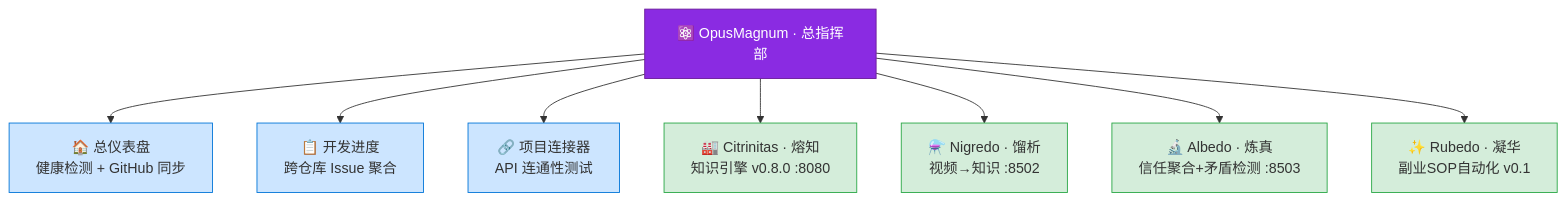
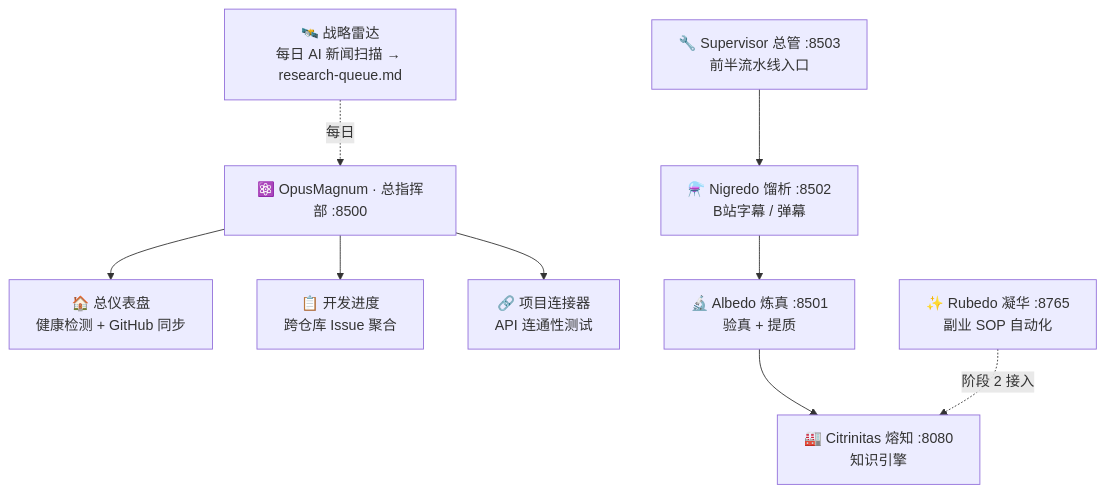
The first of 2 diagrams in README.md (shiyao222333-afk/opus-magnum), drawn with Mermaid before and after one commit. The commit also changed other lines of this file and 28 other files, not shown here.

````diff
--- a/README.md
+++ b/README.md
@@ -18,21 +62,18 @@
 ```mermaid
 flowchart TB
-    OM["⚛️ OpusMagnum · 总指挥部"]
-    OM --> Dash["🏠 总仪表盘<br/>健康检测 + GitHub 同步"]
-    OM --> Progress["📋 开发进度<br/>跨仓库 Issue 聚合"]
-    OM --> Hub["🔗 项目连接器<br/>API 连通性测试"]
+    Radar["🛰️ 战略雷达<br/>每日 AI 新闻扫描 → research-queue.md"]
+    OM["⚛️ OpusMagnum · 总指挥部 :8500"]
+    Dash["🏠 总仪表盘<br/>健康检测 + GitHub 同步"]
+    Prog["📋 开发进度<br/>跨仓库 Issue 聚合"]
+    Hub["🔗 项目连接器<br/>API 连通性测试"]
+    Sup["🔧 Supervisor 总管 :8503<br/>前半流水线入口"]
+    N["⚗️ Nigredo 馏析 :8502<br/>B站字幕 / 弹幕"]
+    A["🔬 Albedo 炼真 :8501<br/>验真 + 提质"]
+    C["🏭 Citrinitas 熔知 :8080<br/>知识引擎"]
+    R["✨ Rubedo 凝华 :8765<br/>副业 SOP 自动化"]
 
-    OM --> Citrinitas["🏭 Citrinitas · 熔知<br/>知识引擎 v0.8.0 :8080"]
-    OM --> Nigredo["⚗️ Nigredo · 馏析<br/>视频→知识 :8502"]
-    OM --> Albedo["🔬 Albedo · 炼真<br/>信任聚合+矛盾检测 :8503"]
-    OM --> Rubedo["✨ Rubedo · 凝华<br/>副业SOP自动化 v0.1"]
-
-    style OM fill:#8A2BE2,color:#fff,stroke:#6a1b9a
-    style Dash fill:#cce5ff,stroke:#0275d8
-    style Progress fill:#cce5ff,stroke:#0275d8
-    style Hub fill:#cce5ff,stroke:#0275d8
-    style Citrinitas fill:#d4edda,stroke:#28a745
-    style Nigredo fill:#d4edda,stroke:#28a745
-    style Albedo fill:#d4edda,stroke:#28a745
-    style Rubedo fill:#d4edda,stroke:#28a745
+    OM --> Dash & Prog & Hub
+    Radar -.每日.-> OM
+    Sup --> N --> A --> C
+    R -.阶段 2 接入.-> C
 ```
````
